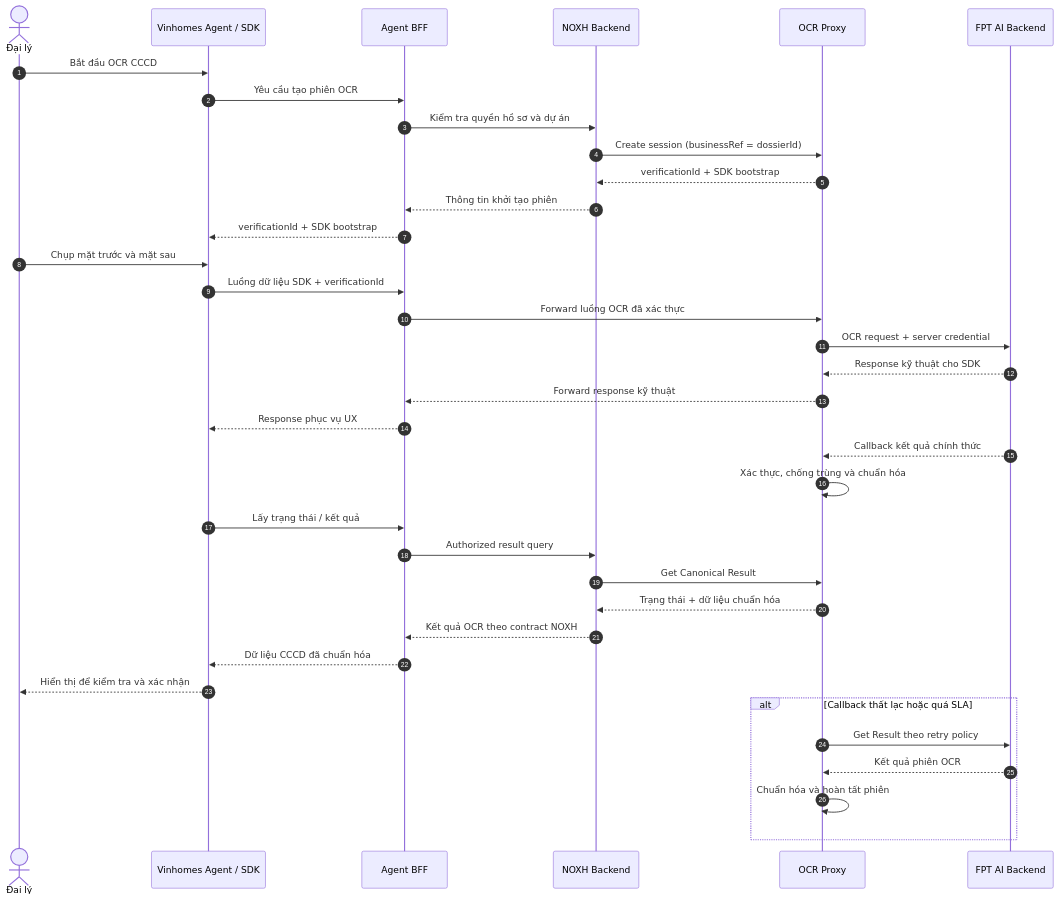
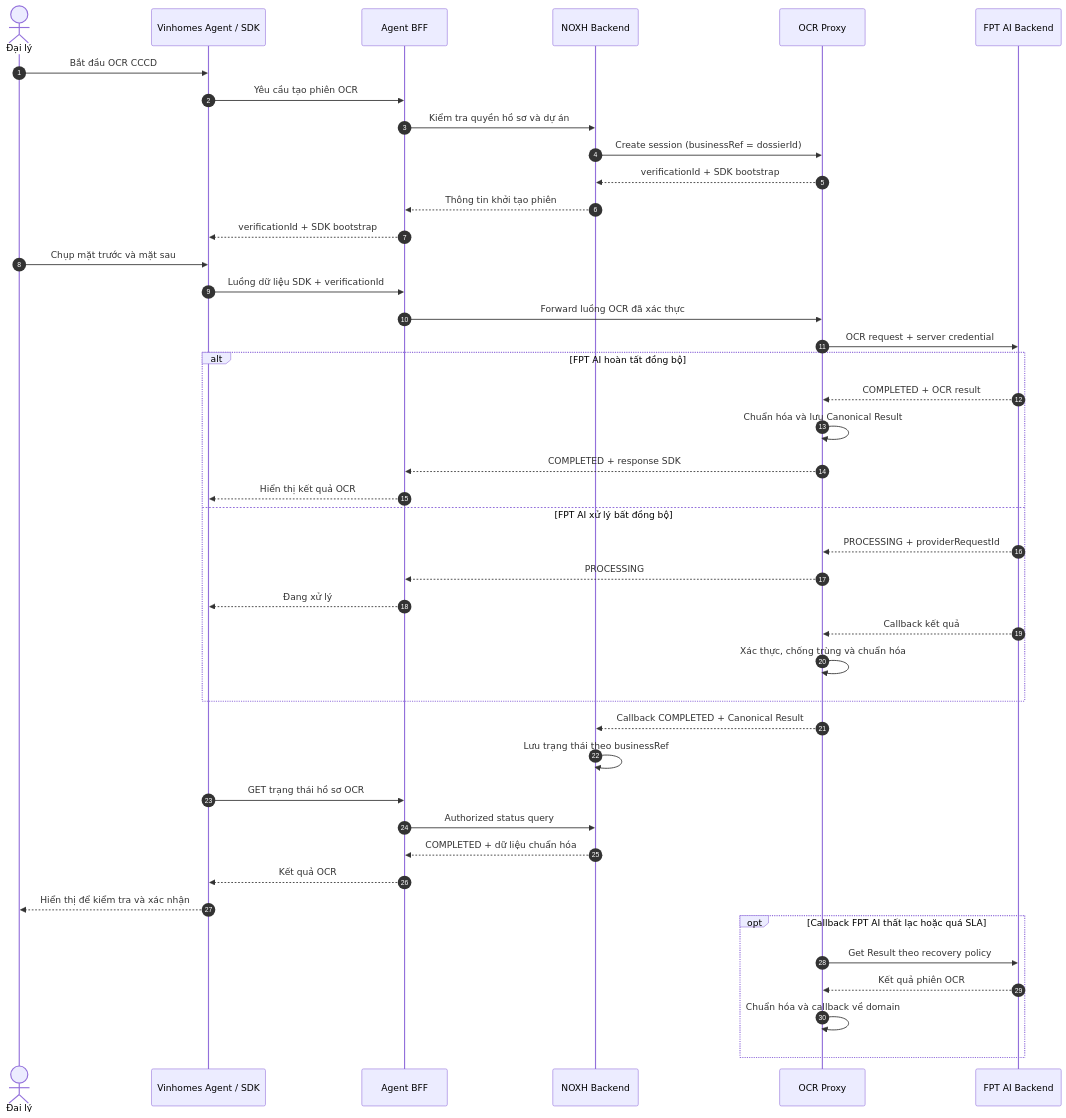
The second of 8 diagrams in noxh.md (huynv-xyz/vhm), drawn with Mermaid before and after one commit. The commit also changed other lines of this file, not shown here.

````diff
--- a/noxh.md
+++ b/noxh.md
@@ -186,42 +187,50 @@
 ```mermaid
 sequenceDiagram
     autonumber
     actor DL as Đại lý
     participant APP as Vinhomes Agent / SDK
     participant BFF as Agent BFF
     participant NOXH as NOXH Backend
     participant OCR as OCR Proxy
     participant FPT as FPT AI Backend
 
     DL->>APP: Bắt đầu OCR CCCD
     APP->>BFF: Yêu cầu tạo phiên OCR
     BFF->>NOXH: Kiểm tra quyền hồ sơ và dự án
     NOXH->>OCR: Create session (businessRef = dossierId)
     OCR-->>NOXH: verificationId + SDK bootstrap
     NOXH-->>BFF: Thông tin khởi tạo phiên
     BFF-->>APP: verificationId + SDK bootstrap
 
     DL->>APP: Chụp mặt trước và mặt sau
     APP->>BFF: Luồng dữ liệu SDK + verificationId
     BFF->>OCR: Forward luồng OCR đã xác thực
     OCR->>FPT: OCR request + server credential
-    FPT-->>OCR: Response kỹ thuật cho SDK
-    OCR-->>BFF: Forward response kỹ thuật
-    BFF-->>APP: Response phục vụ UX
 
-    FPT-->>OCR: Callback kết quả chính thức
-    OCR->>OCR: Xác thực, chống trùng và chuẩn hóa
-    APP->>BFF: Lấy trạng thái / kết quả
-    BFF->>NOXH: Authorized result query
-    NOXH->>OCR: Get Canonical Result
-    OCR-->>NOXH: Trạng thái + dữ liệu chuẩn hóa
-    NOXH-->>BFF: Kết quả OCR theo contract NOXH
-    BFF-->>APP: Dữ liệu CCCD đã chuẩn hóa
+    alt FPT AI hoàn tất đồng bộ
+        FPT-->>OCR: COMPLETED + OCR result
+        OCR->>OCR: Chuẩn hóa và lưu Canonical Result
+        OCR-->>BFF: COMPLETED + response SDK
+        BFF-->>APP: Hiển thị kết quả OCR
+    else FPT AI xử lý bất đồng bộ
+        FPT-->>OCR: PROCESSING + providerRequestId
+        OCR-->>BFF: PROCESSING
+        BFF-->>APP: Đang xử lý
+        FPT-->>OCR: Callback kết quả
+        OCR->>OCR: Xác thực, chống trùng và chuẩn hóa
+    end
+
+    OCR-->>NOXH: Callback COMPLETED + Canonical Result
+    NOXH->>NOXH: Lưu trạng thái theo businessRef
+    APP->>BFF: GET trạng thái hồ sơ OCR
+    BFF->>NOXH: Authorized status query
+    NOXH-->>BFF: COMPLETED + dữ liệu chuẩn hóa
+    BFF-->>APP: Kết quả OCR
     APP-->>DL: Hiển thị để kiểm tra và xác nhận
 
-    alt Callback thất lạc hoặc quá SLA
-        OCR->>FPT: Get Result theo retry policy
+    opt Callback FPT AI thất lạc hoặc quá SLA
+        OCR->>FPT: Get Result theo recovery policy
         FPT-->>OCR: Kết quả phiên OCR
-        OCR->>OCR: Chuẩn hóa và hoàn tất phiên
+        OCR->>OCR: Chuẩn hóa và callback về domain
     end
 ```
````
